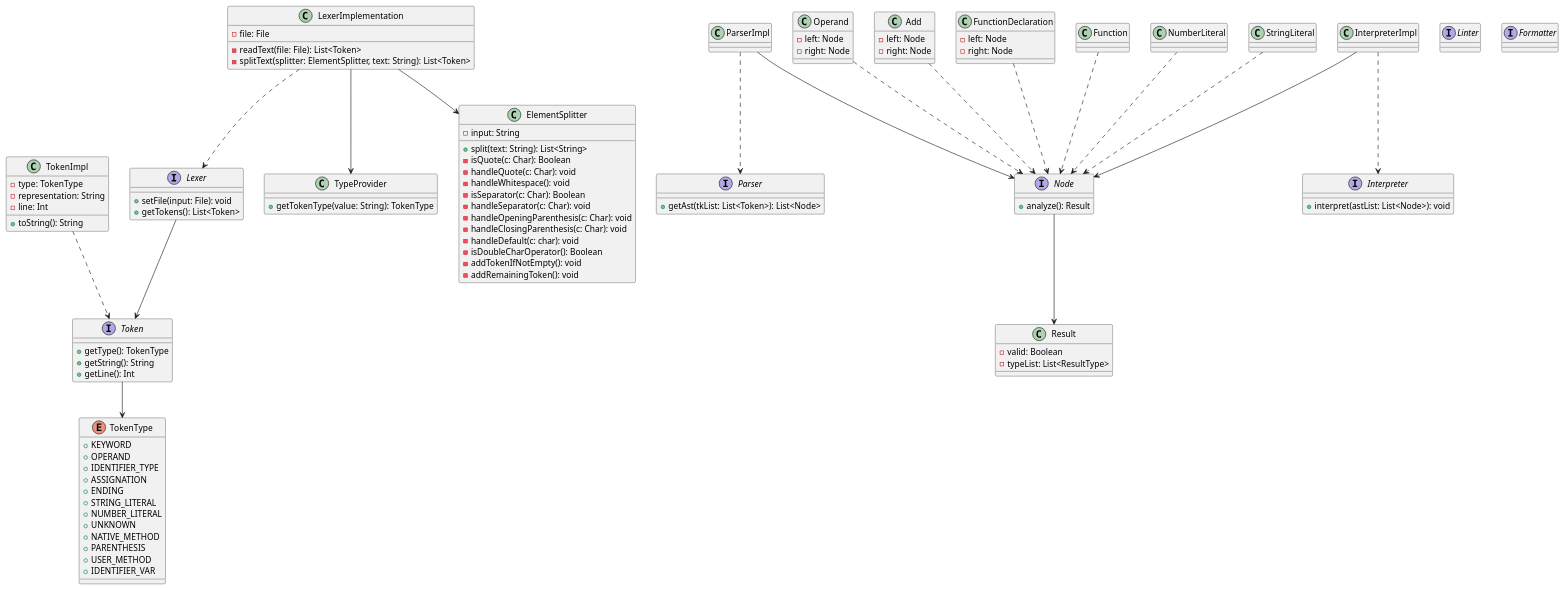
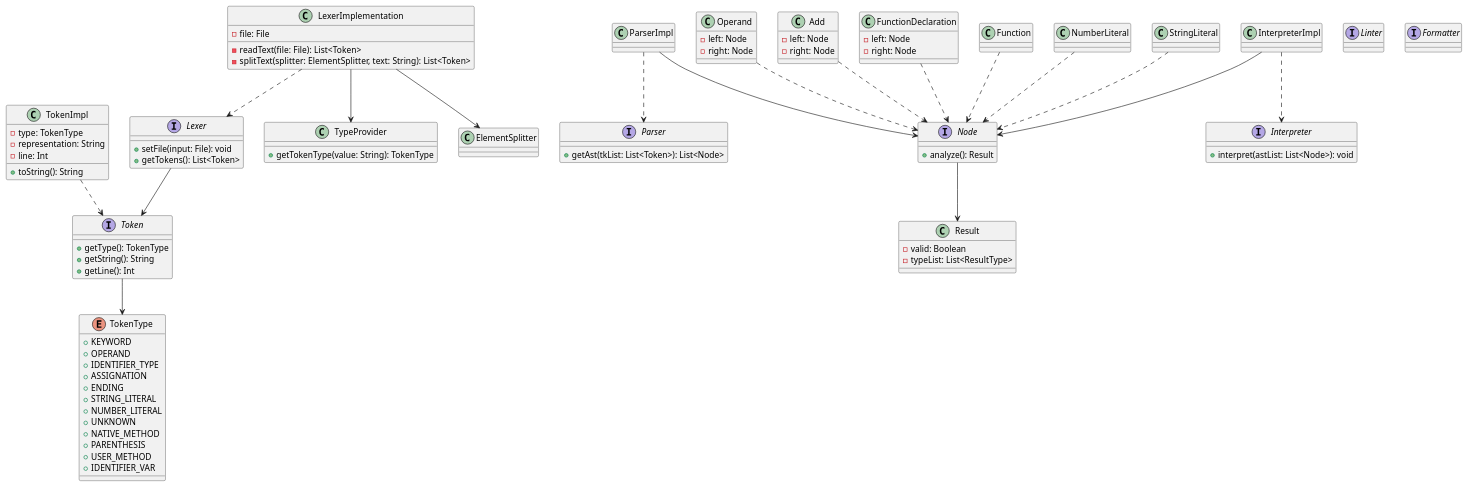
Before and after one commit to PrintScript8/PrintScript: the diagram in PrintScriptUML.puml, drawn with PlantUML. The commit also changed 40 other files, not shown here.

```diff
--- a/PrintScriptUML.puml
+++ b/PrintScriptUML.puml
@@ -1,133 +1,117 @@
 @startuml
 
 interface Lexer {
 + setFile(input: File): void
 + getTokens(): List<Token>
 }
 
 interface Token {
 + getType(): TokenType
 + getString(): String
 + getLine(): Int
 }
 
 class TokenImpl {
 - type: TokenType
 - representation: String
 - line: Int
 + toString(): String
 }
 
 enum TokenType {
 + KEYWORD
 + OPERAND
 + IDENTIFIER_TYPE
 + ASSIGNATION
 + ENDING
 + STRING_LITERAL
 + NUMBER_LITERAL
 + UNKNOWN
 + NATIVE_METHOD
 + PARENTHESIS
 + USER_METHOD
 + IDENTIFIER_VAR
 }
 
 class TypeProvider {
 + getTokenType(value: String): TokenType
 }
 
 class LexerImplementation {
 - file: File
 - readText(file: File): List<Token>
 - splitText(splitter: ElementSplitter, text: String): List<Token>
-}
-
-class ElementSplitter {
-- input: String
-+ split(text: String): List<String>
-- isQuote(c: Char): Boolean
-- handleQuote(c: Char): void
-- handleWhitespace(): void
-- isSeparator(c: Char): Boolean
-- handleSeparator(c: Char): void
-- handleOpeningParenthesis(c: Char): void
-- handleClosingParenthesis(c: Char): void
-- handleDefault(c: char): void
-- isDoubleCharOperator(): Boolean
-- addTokenIfNotEmpty(): void
-- addRemainingToken(): void
 }
 
 interface Parser {
 +getAst(tkList: List<Token>): List<Node>
 }
 
 class ParserImpl {
 
 }
 
 interface Interpreter {
 +interpret(astList: List<Node>): void
 }
 
 class InterpreterImpl {
 }
 
 interface Linter {
 }
 
 interface Formatter {
 }
 
 interface Node {
 +analyze(): Result
 }
 
 class Result {
 -valid: Boolean
 -typeList: List<ResultType>
 }
 
 class Operand {
 -left: Node
 -right: Node
 }
 
 class Add {
 -left: Node
 -right: Node
 }
 
 class FunctionDeclaration {
 -left: Node
 -right: Node
 }
 
 class Function {
 }
 
 class NumberLiteral {
 }
 class StringLiteral {
 }
 
 LexerImplementation ..> Lexer
 LexerImplementation --> ElementSplitter
 LexerImplementation --> TypeProvider
 Lexer --> Token
 TokenImpl ..> Token
 Token --> TokenType
 Node --> Result
 Operand ..> Node
 Add ..> Node
 FunctionDeclaration ..> Node
 Function ..> Node
 NumberLiteral ..> Node
 StringLiteral ..> Node
 ParserImpl ..> Parser
 ParserImpl --> Node
 InterpreterImpl ..> Interpreter
 InterpreterImpl --> Node
 
 @enduml
```
